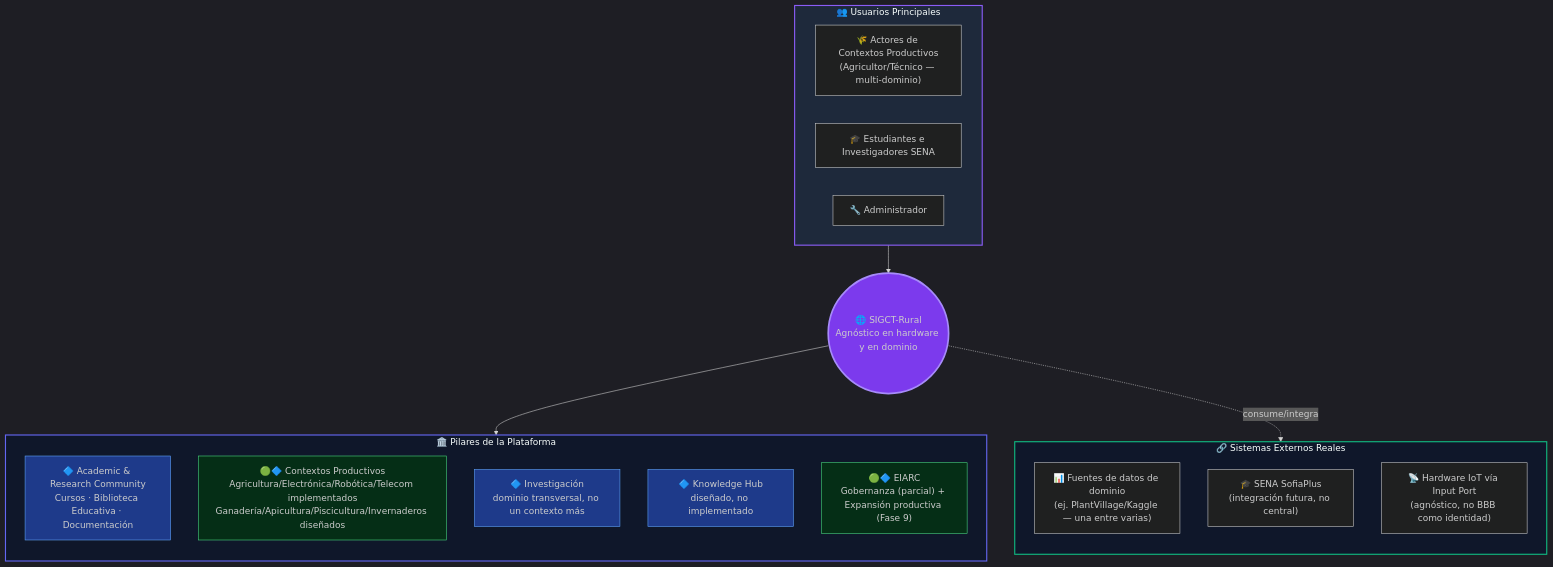
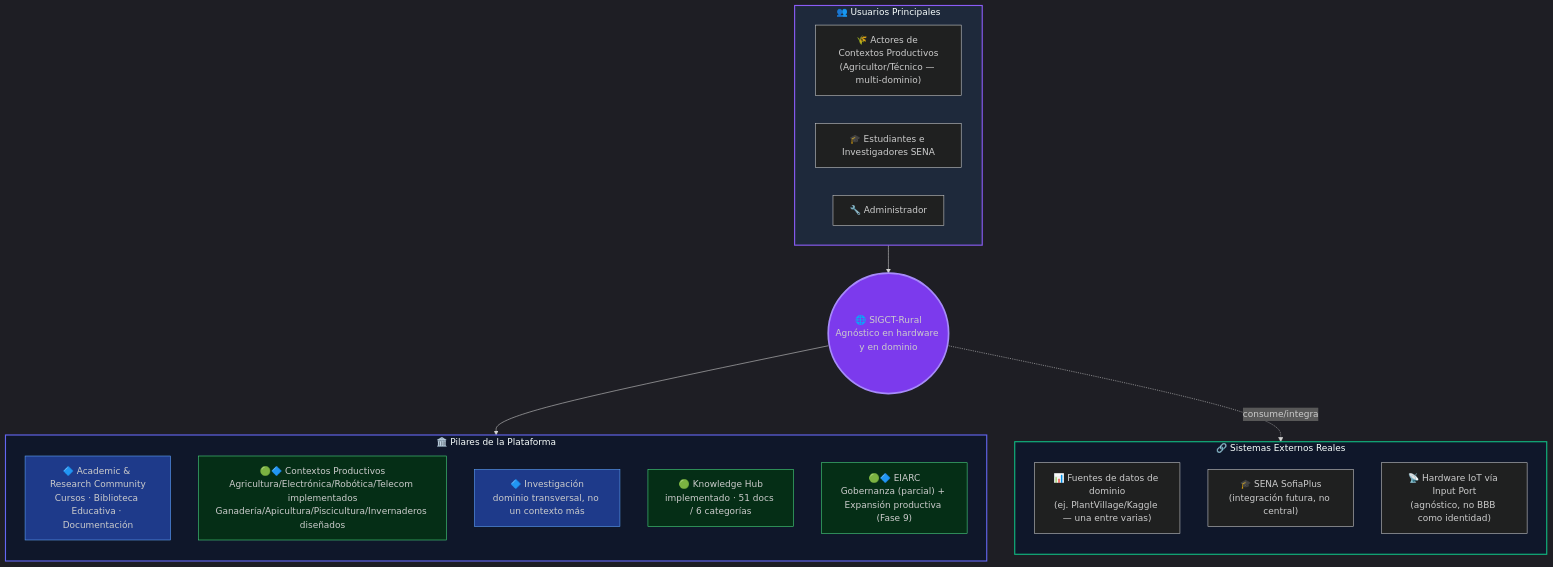
Before and after one commit to badolgm/sigcTiArural: the second of 5 diagrams in README.md, drawn with Mermaid. The commit also changed other lines of this file and 9 other files, not shown here.

First line of the commit message:
feat(knowledge-hub): consolidate /knowledge cut A+B and canonical docs cleanup

````diff
--- a/README.md
+++ b/README.md
@@ -218,41 +219,41 @@
 ```mermaid
 %%{init: {'theme':'dark', 'themeVariables': { 'primaryColor':'#7c3aed','fontSize':'16px'}}}%%
 flowchart TB
     subgraph users["👥 Usuarios Principales"]
         A["🌾 Actores de Contextos Productivos<br/>(Agricultor/Técnico — multi-dominio)"]
         B["🎓 Estudiantes e Investigadores SENA"]
         C["🔧 Administrador"]
     end
 
     ROOT(("🌐 SIGCT-Rural<br/>Agnóstico en hardware y en dominio"))
 
     subgraph core["🏛️ Pilares de la Plataforma"]
         direction TB
         ARC["🔷 Academic &amp; Research Community<br/>Cursos · Biblioteca Educativa · Documentación"]
         PRODCTX["🟢🔷 Contextos Productivos<br/>Agricultura/Electrónica/Robótica/Telecom implementados<br/>Ganadería/Apicultura/Piscicultura/Invernaderos diseñados"]
         RESEARCH["🔷 Investigación<br/>dominio transversal, no un contexto más"]
-        KHUB["🔷 Knowledge Hub<br/>diseñado, no implementado"]
+        KHUB["🟢 Knowledge Hub<br/>implementado · 51 docs / 6 categorías"]
         EIARC["🟢🔷 EIARC<br/>Gobernanza (parcial) + Expansión productiva (Fase 9)"]
     end
 
     subgraph external["🔗 Sistemas Externos Reales"]
         direction TB
         DATA["📊 Fuentes de datos de dominio<br/>(ej. PlantVillage/Kaggle — una entre varias)"]
         SENAX["🎓 SENA SofiaPlus<br/>(integración futura, no central)"]
         IOTX["📡 Hardware IoT vía Input Port<br/>(agnóstico, no BBB como identidad)"]
     end
 
     users --> ROOT
     ROOT --> core
     ROOT -.->|"consume/integra"| external
 
     style ROOT fill:#7c3aed,stroke:#a78bfa,stroke-width:3px
     style users fill:#1e293b,stroke:#8b5cf6,stroke-width:2px
     style core fill:#0f172a,stroke:#6366f1,stroke-width:2px
     style external fill:#0f172a,stroke:#10b981,stroke-width:2px
     style PRODCTX fill:#052e16,stroke:#4ade80
     style EIARC fill:#052e16,stroke:#4ade80
     style ARC fill:#1e3a8a,stroke:#60a5fa
     style RESEARCH fill:#1e3a8a,stroke:#60a5fa
-    style KHUB fill:#1e3a8a,stroke:#60a5fa
+    style KHUB fill:#052e16,stroke:#4ade80
 ```
````
